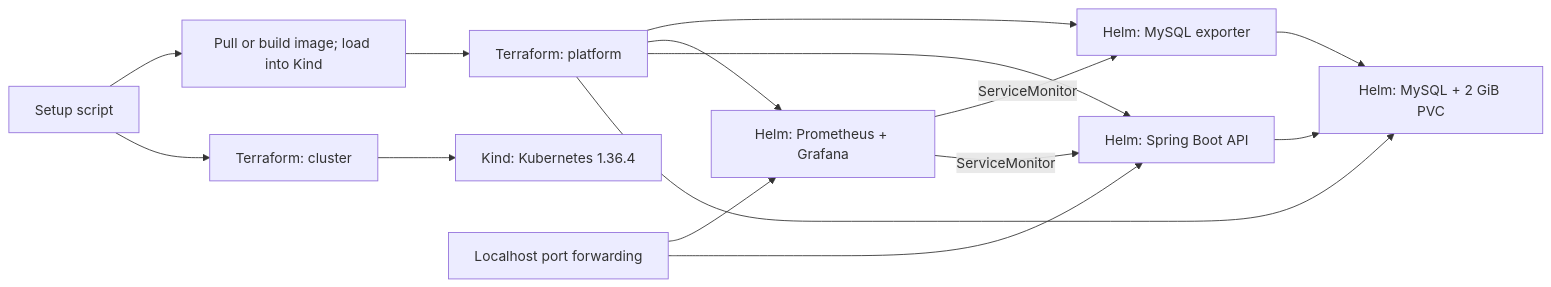
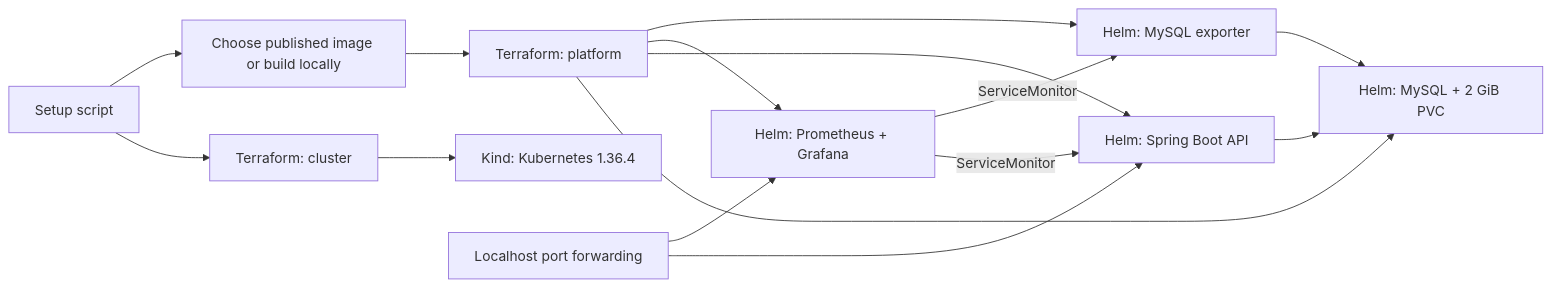
Before and after one commit to ouemnaa/crewmeister-devops-challenge: the diagram in README.md, drawn with Mermaid. The commit also changed other lines of this file and 3 other files, not shown here.

Commit message:
fix: let Kubernetes pull published images directly

````diff
--- a/README.md
+++ b/README.md
@@ -57,17 +57,17 @@
 ```mermaid
 flowchart LR
     setup[Setup script] --> cluster[Terraform: cluster]
     cluster --> kind[Kind: Kubernetes 1.36.4]
-    setup --> image[Pull or build image; load into Kind]
+    setup --> image[Choose published image or build locally]
     image --> platform[Terraform: platform]
     platform --> mysql[Helm: MySQL + 2 GiB PVC]
     platform --> app[Helm: Spring Boot API]
     platform --> monitoring[Helm: Prometheus + Grafana]
     platform --> exporter[Helm: MySQL exporter]
     app --> mysql
     monitoring -->|ServiceMonitor| app
     monitoring -->|ServiceMonitor| exporter
     exporter --> mysql
     reviewer[Localhost port forwarding] --> app
     reviewer --> monitoring
 ```
````
